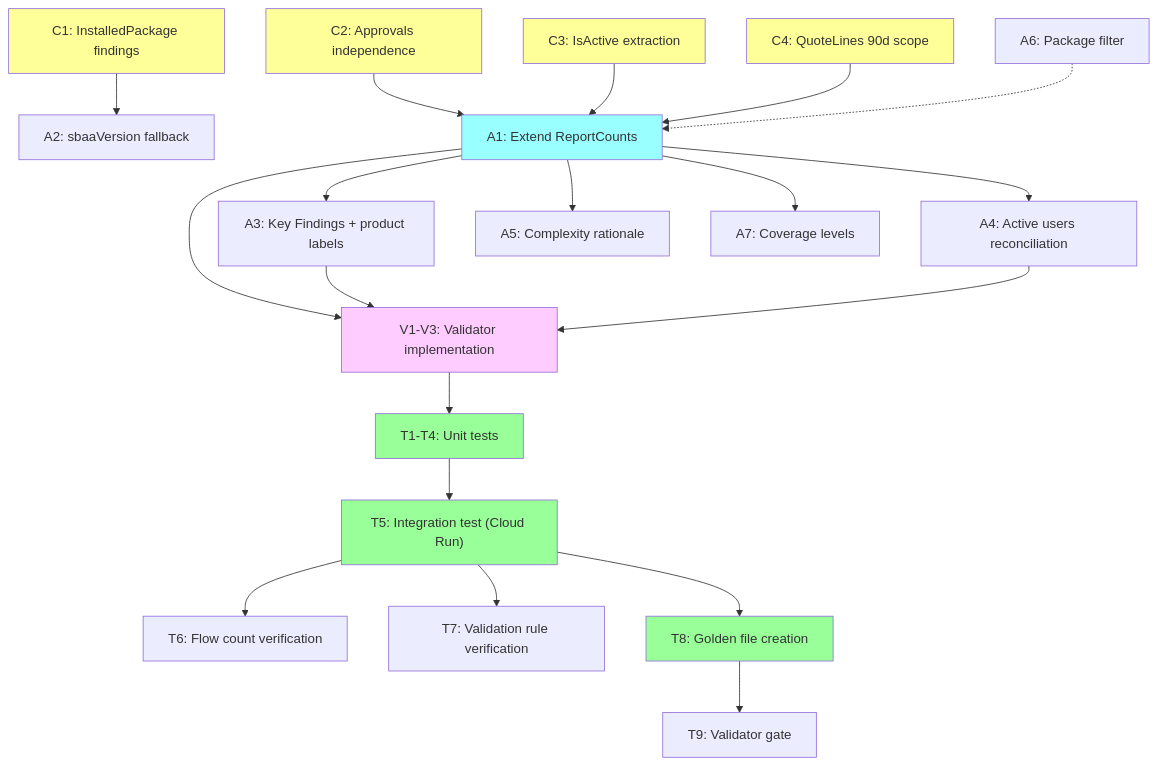
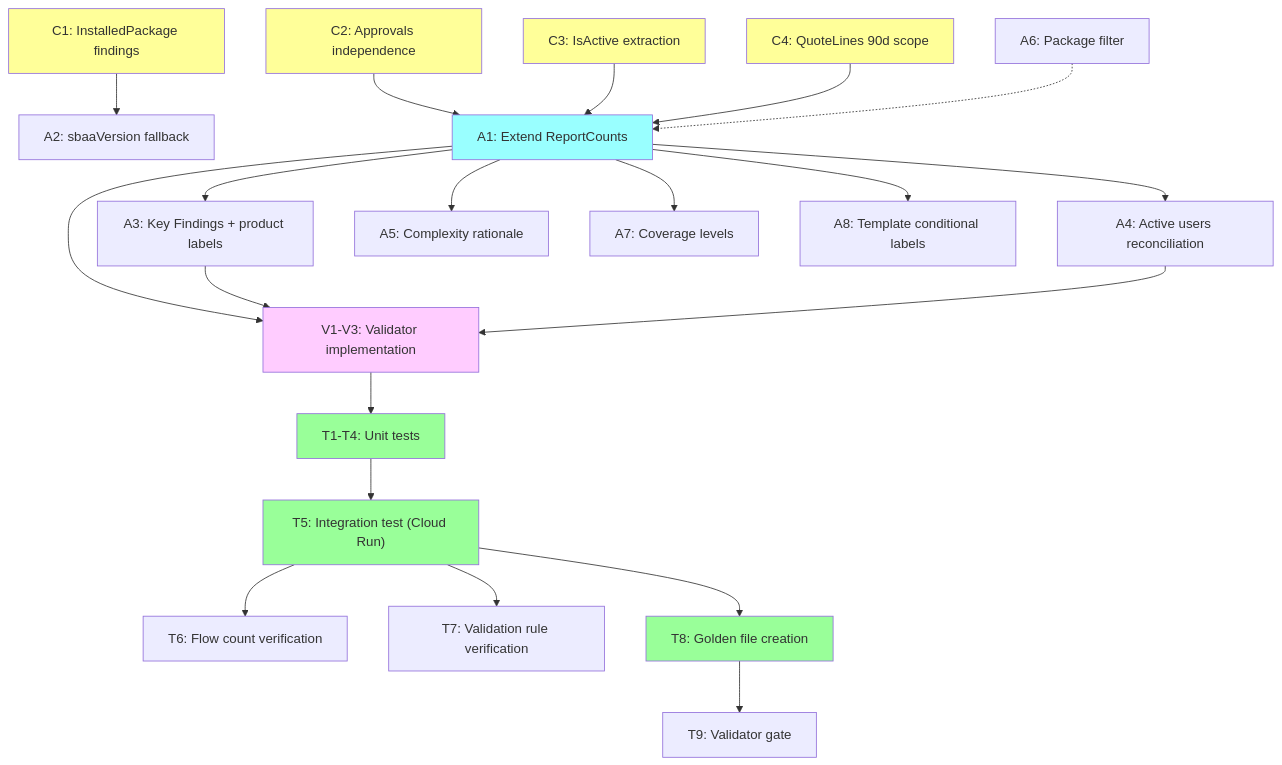
The second of 2 diagrams in docs/CPQ-REPORT-V4-MITIGATION-PLAN.md (danielbenzimri/revbrain), drawn with Mermaid before and after one commit. The commit also changed other lines of this file, not shown here.

````diff
--- a/docs/CPQ-REPORT-V4-MITIGATION-PLAN.md
+++ b/docs/CPQ-REPORT-V4-MITIGATION-PLAN.md
@@ -409,34 +411,35 @@
 ```mermaid
 graph TD
     C1["C1: InstalledPackage findings"] --> A2["A2: sbaaVersion fallback"]
     C2["C2: Approvals independence"] --> A1["A1: Extend ReportCounts"]
     C3["C3: IsActive extraction"] --> A1
     C4["C4: QuoteLines 90d scope"] --> A1
 
     A1 --> A3["A3: Key Findings + product labels"]
     A1 --> A4["A4: Active users reconciliation"]
     A1 --> A5["A5: Complexity rationale"]
     A1 --> A7["A7: Coverage levels"]
+    A1 --> A8["A8: Template conditional labels"]
     A6["A6: Package filter"] -.-> A1
 
     A1 --> V1["V1-V3: Validator implementation"]
     A3 --> V1
     A4 --> V1
 
     V1 --> T1["T1-T4: Unit tests"]
     T1 --> T5["T5: Integration test (Cloud Run)"]
     T5 --> T6["T6: Flow count verification"]
     T5 --> T7["T7: Validation rule verification"]
     T5 --> T8["T8: Golden file creation"]
     T8 --> T9["T9: Validator gate"]
 
     style C1 fill:#ff9
     style C2 fill:#ff9
     style C3 fill:#ff9
     style C4 fill:#ff9
     style A1 fill:#9ff
     style V1 fill:#fcf
     style T1 fill:#9f9
     style T5 fill:#9f9
     style T8 fill:#9f9
 ```
````
